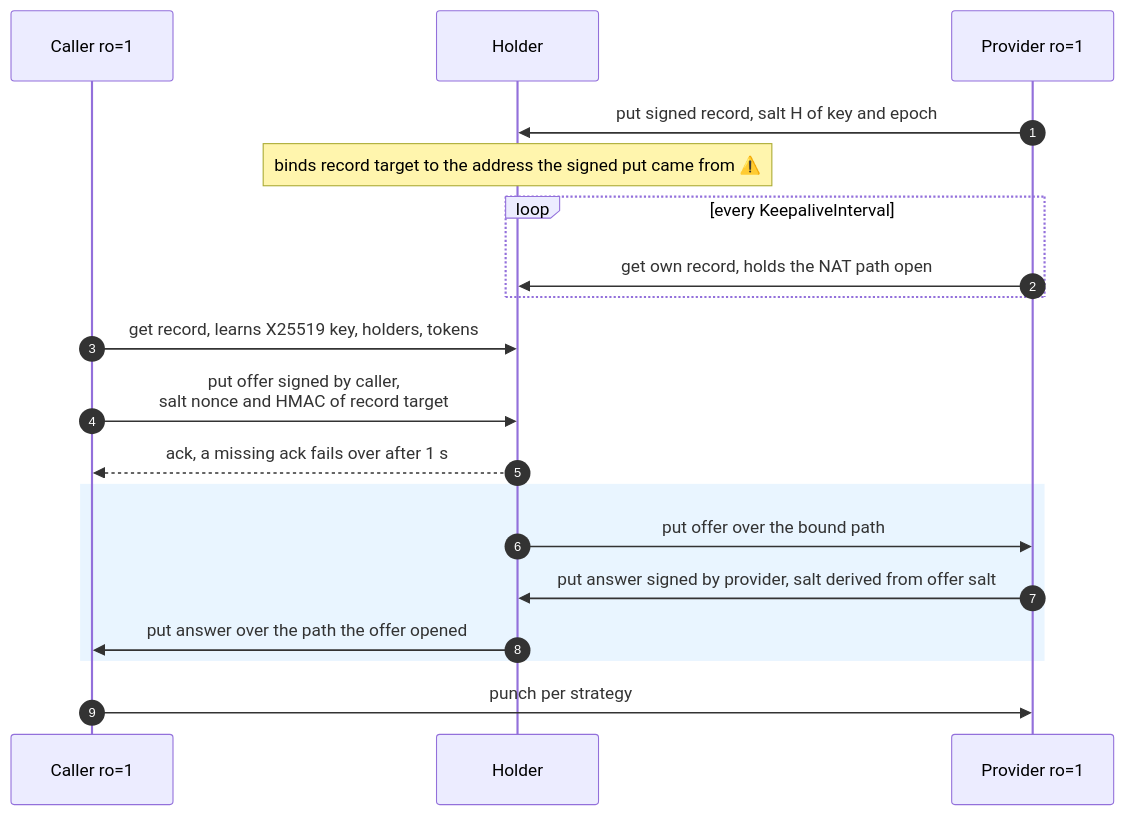
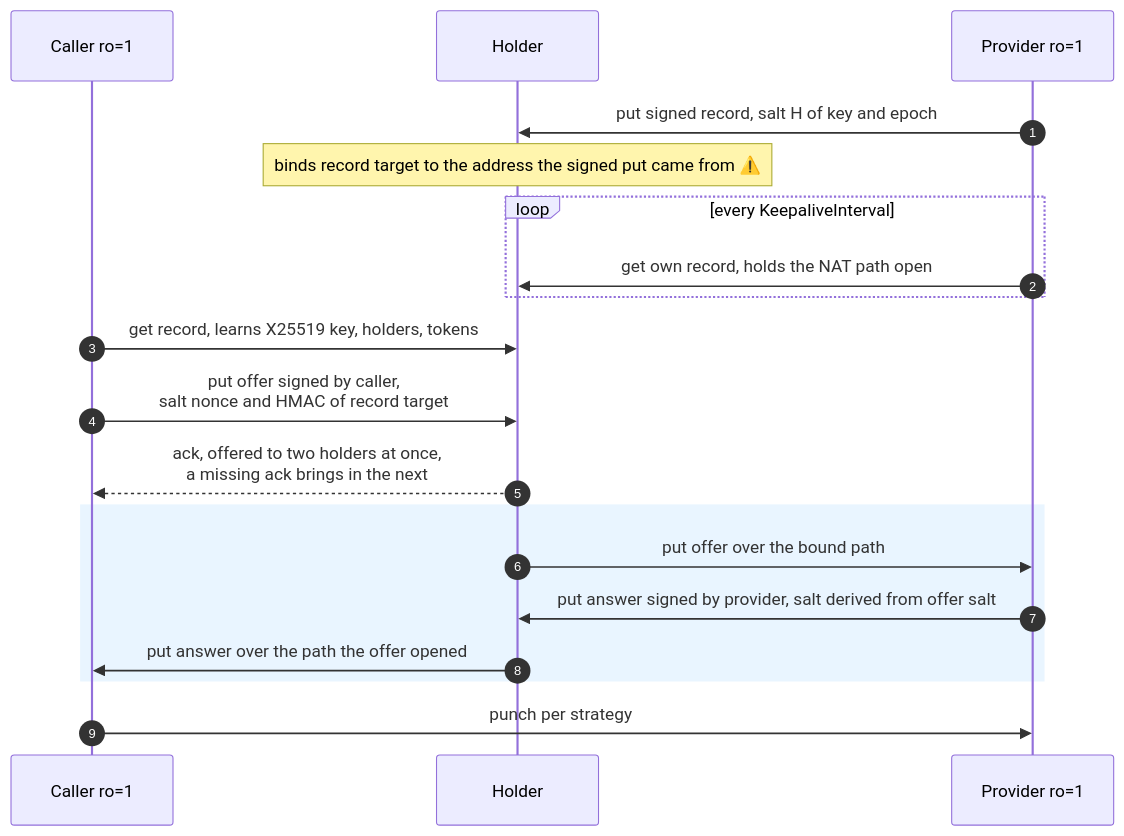
The diagram in DESIGN.md (getlantern/warren), drawn with Mermaid before and after one commit. The commit also changed other lines of this file and 6 other files, not shown here.

````diff
--- a/DESIGN.md
+++ b/DESIGN.md
@@ -177,22 +178,22 @@
 ```mermaid
 sequenceDiagram
     autonumber
     participant C as Caller ro=1
     participant H as Holder
     participant P as Provider ro=1
 
     P->>H: put signed record, salt H of key and epoch
     Note over H: binds record target to the address the signed put came from ⚠️
     loop every KeepaliveInterval
         P->>H: get own record, holds the NAT path open
     end
     C->>H: get record, learns X25519 key, holders, tokens
     C->>H: put offer signed by caller,<br/>salt nonce and HMAC of record target
-    H-->>C: ack, a missing ack fails over after 1 s
+    H-->>C: ack, offered to two holders at once,<br/>a missing ack brings in the next
     rect rgba(200, 230, 255, 0.4)
         H->>P: put offer over the bound path
         P->>H: put answer signed by provider, salt derived from offer salt
         H->>C: put answer over the path the offer opened
     end
     C->>P: punch per strategy
 ```
````
